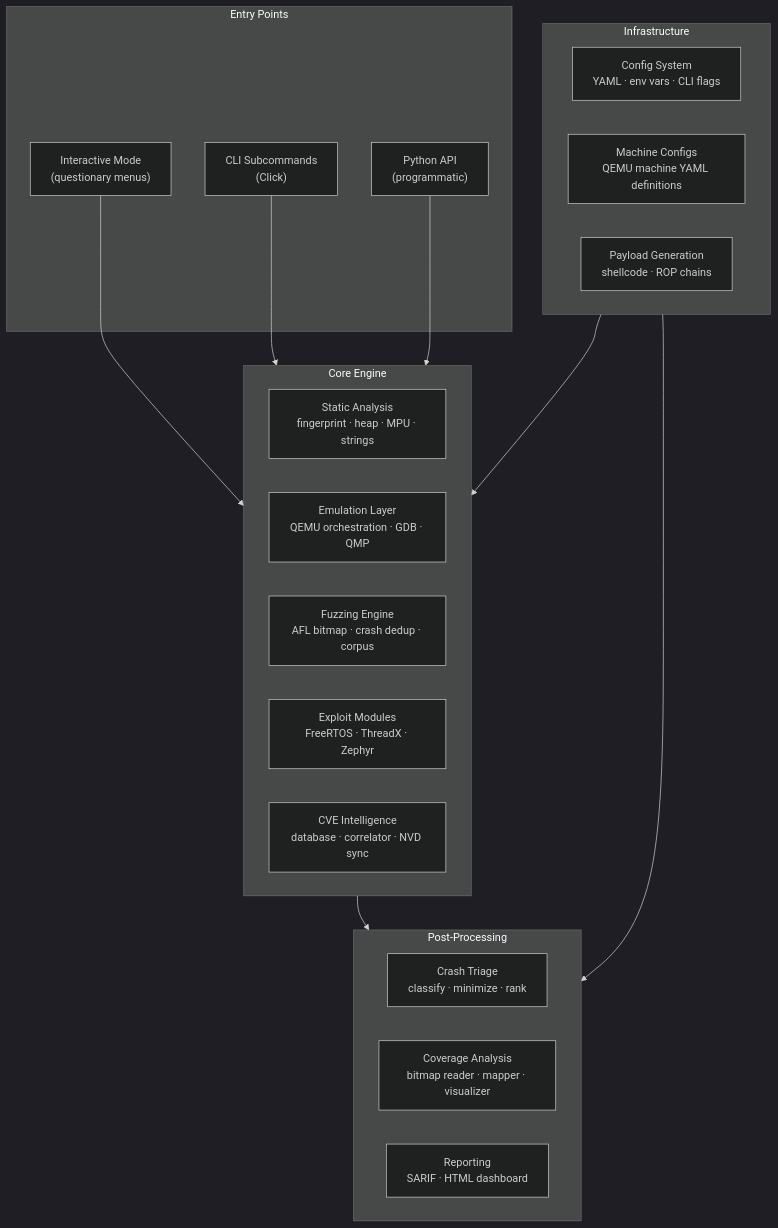
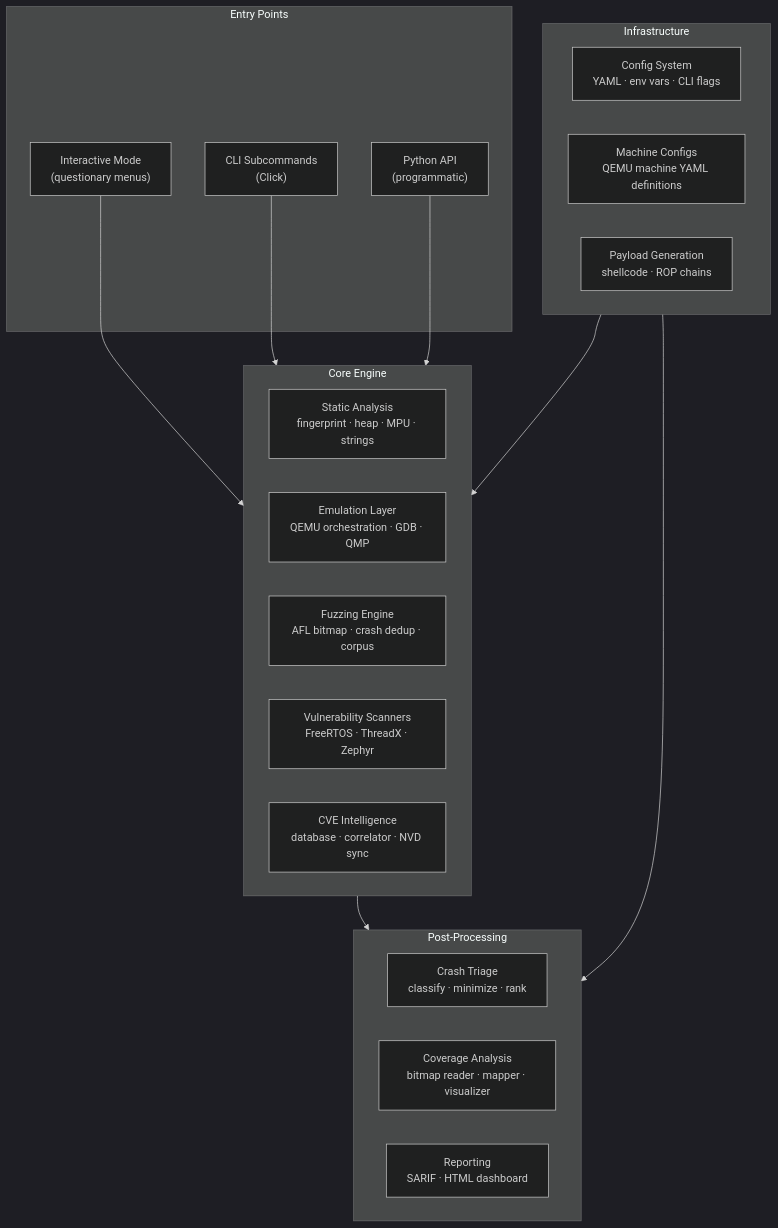
Before and after one commit to Indspl0it/RTOSploit: the first of 20 diagrams in docs/architecture.md, drawn with Mermaid (dark theme). The commit also changed other lines of this file and 86 other files, not shown here.

First line of the commit message:
feat: rename exploits to vulnerability scanners, rewrite reporting, fix CLI bugs

````diff
--- a/docs/architecture.md
+++ b/docs/architecture.md
@@ -9,36 +9,36 @@
 ```mermaid
 flowchart TB
     subgraph Entry["Entry Points"]
         interactive["Interactive Mode\n(questionary menus)"]
         cli["CLI Subcommands\n(Click)"]
         api["Python API\n(programmatic)"]
     end
 
     subgraph Core["Core Engine"]
         analysis["Static Analysis\nfingerprint · heap · MPU · strings"]
         emulation["Emulation Layer\nQEMU orchestration · GDB · QMP"]
         fuzzer["Fuzzing Engine\nAFL bitmap · crash dedup · corpus"]
-        exploits["Exploit Modules\nFreeRTOS · ThreadX · Zephyr"]
+        scanners["Vulnerability Scanners\nFreeRTOS · ThreadX · Zephyr"]
         cve["CVE Intelligence\ndatabase · correlator · NVD sync"]
     end
 
     subgraph Post["Post-Processing"]
         triage["Crash Triage\nclassify · minimize · rank"]
         coverage["Coverage Analysis\nbitmap reader · mapper · visualizer"]
         reporting["Reporting\nSARIF · HTML dashboard"]
     end
 
     subgraph Infra["Infrastructure"]
         config["Config System\nYAML · env vars · CLI flags"]
         machines["Machine Configs\nQEMU machine YAML definitions"]
         payloads["Payload Generation\nshellcode · ROP chains"]
     end
 
     interactive --> Core
     cli --> Core
     api --> Core
 
     Core --> Post
     Infra --> Core
     Infra --> Post
 ```
````
